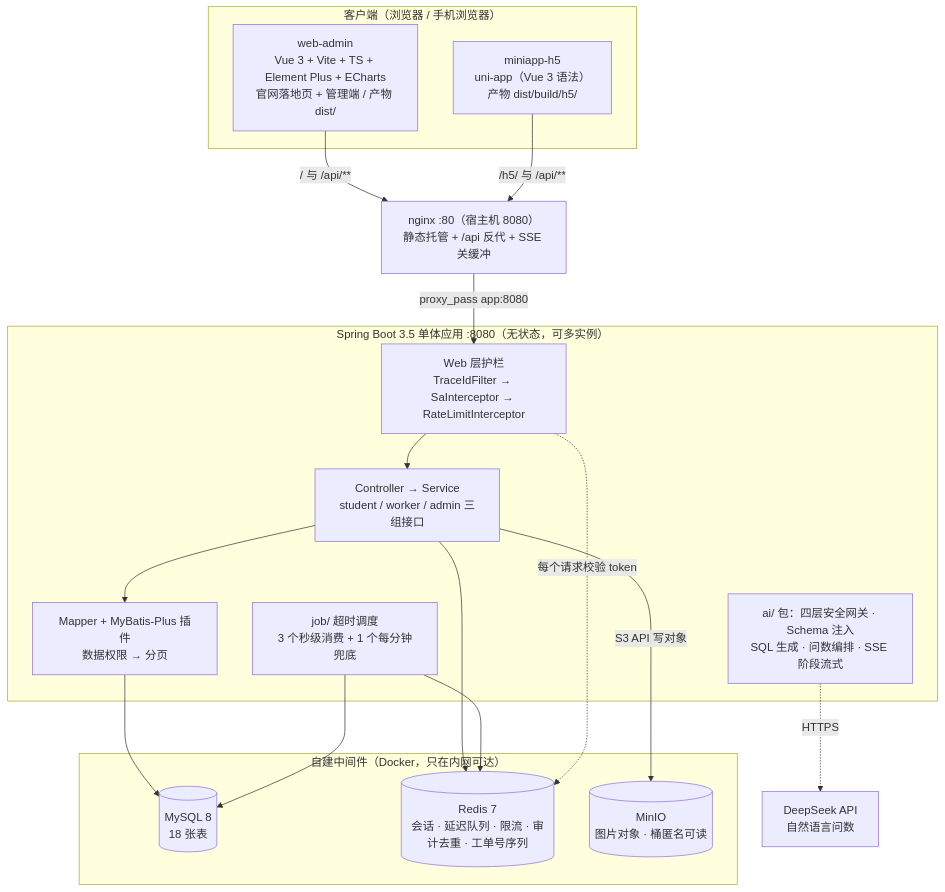
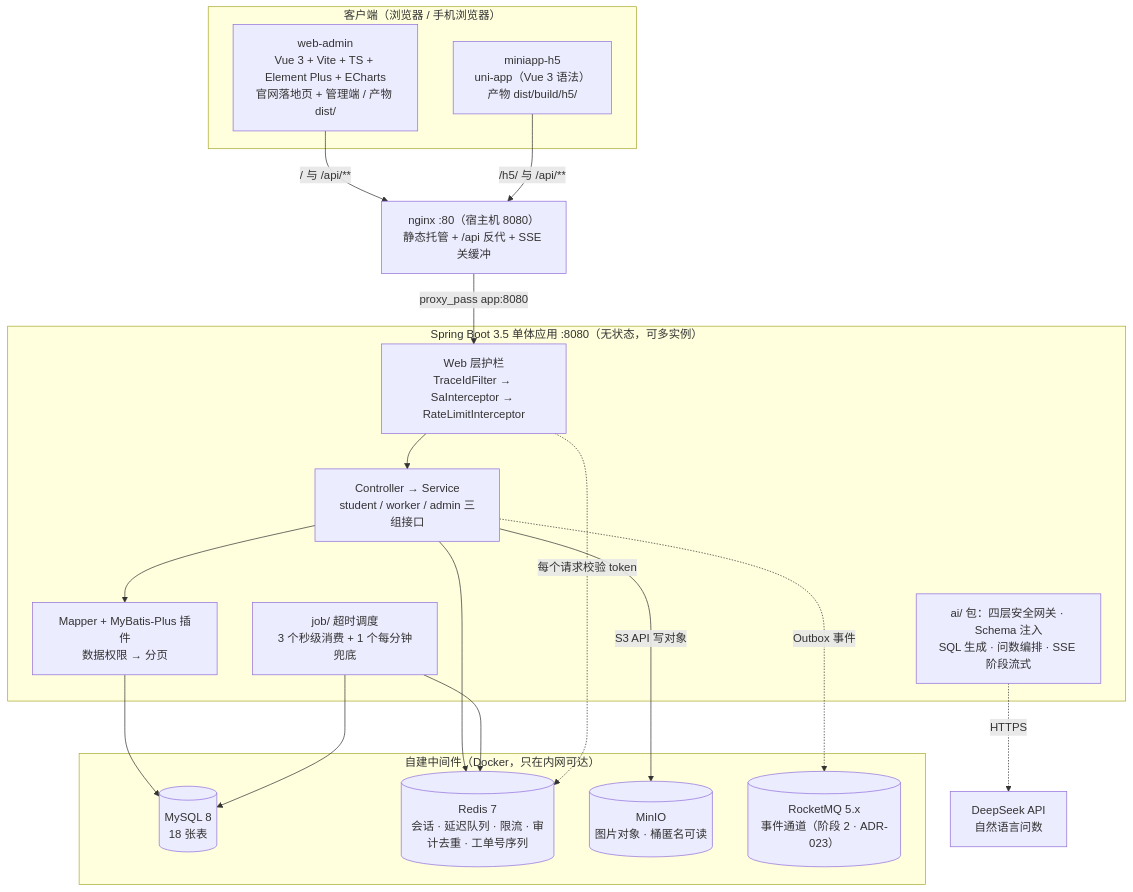
One commit to bluemalic/repair-platform changed the second of 13 diagrams in docs/06-架构图.md. Above: the diagram before and after it, drawn with Mermaid. The commit also changed other lines of this file and 17 other files, not shown here.

First line of the commit message:
feat(mq): 接入 RocketMQ 5.x 事件通道（Outbox 发布器）

````diff
--- a/docs/06-架构图.md
+++ b/docs/06-架构图.md
@@ -76,38 +76,40 @@
 ```mermaid
 flowchart TB
     subgraph client["客户端（浏览器 / 手机浏览器）"]
         adminApp["web-admin<br/>Vue 3 + Vite + TS + Element Plus + ECharts<br/>官网落地页 + 管理端 / 产物 dist/"]
         h5App["miniapp-h5<br/>uni-app（Vue 3 语法）<br/>产物 dist/build/h5/"]
     end
 
     nginx["nginx :80（宿主机 8080）<br/>静态托管 + /api 反代 + SSE 关缓冲"]
 
     subgraph boot["Spring Boot 3.5 单体应用 :8080（无状态，可多实例）"]
         guard["Web 层护栏<br/>TraceIdFilter → SaInterceptor → RateLimitInterceptor"]
         biz["Controller → Service<br/>student / worker / admin 三组接口"]
         orm["Mapper + MyBatis-Plus 插件<br/>数据权限 → 分页"]
         sched["job/ 超时调度<br/>3 个秒级消费 + 1 个每分钟兜底"]
         aiPkg["ai/ 包：四层安全网关 · Schema 注入<br/>SQL 生成 · 问数编排 · SSE 阶段流式"]
     end
 
     subgraph infra["自建中间件（Docker，只在内网可达）"]
         mysql[("MySQL 8<br/>18 张表")]
         redis[("Redis 7<br/>会话 · 延迟队列 · 限流 · 审计去重 · 工单号序列")]
         minio[("MinIO<br/>图片对象 · 桶匿名可读")]
+        rocketmq[("RocketMQ 5.x<br/>事件通道（阶段 2 · ADR-023）")]
     end
 
     deepseek["DeepSeek API<br/>自然语言问数"]
 
     adminApp -->|"/ 与 /api/**"| nginx
     h5App -->|"/h5/ 与 /api/**"| nginx
     nginx -->|"proxy_pass app:8080"| guard
     guard --> biz
     biz --> orm
     orm --> mysql
     biz --> redis
     biz -->|"S3 API 写对象"| minio
+    biz -.->|"Outbox 事件"| rocketmq
     sched --> redis
     sched --> mysql
     guard -.->|"每个请求校验 token"| redis
     aiPkg -.->|"HTTPS"| deepseek
 ```
````
